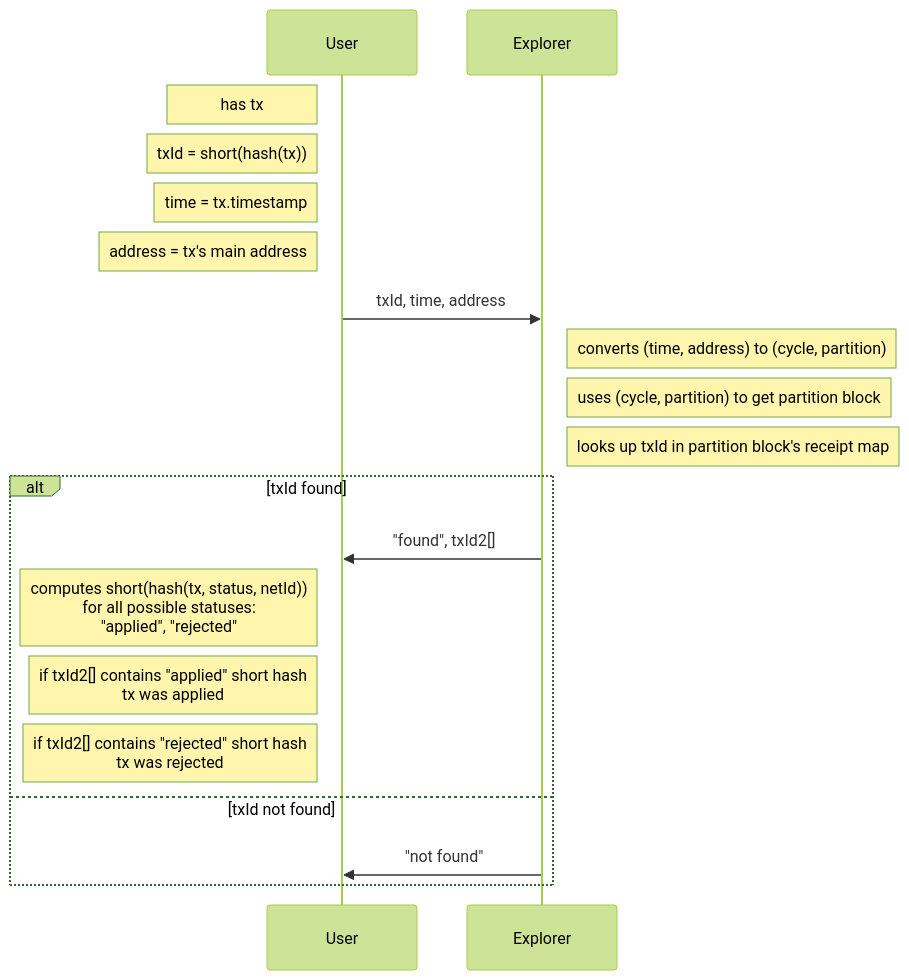
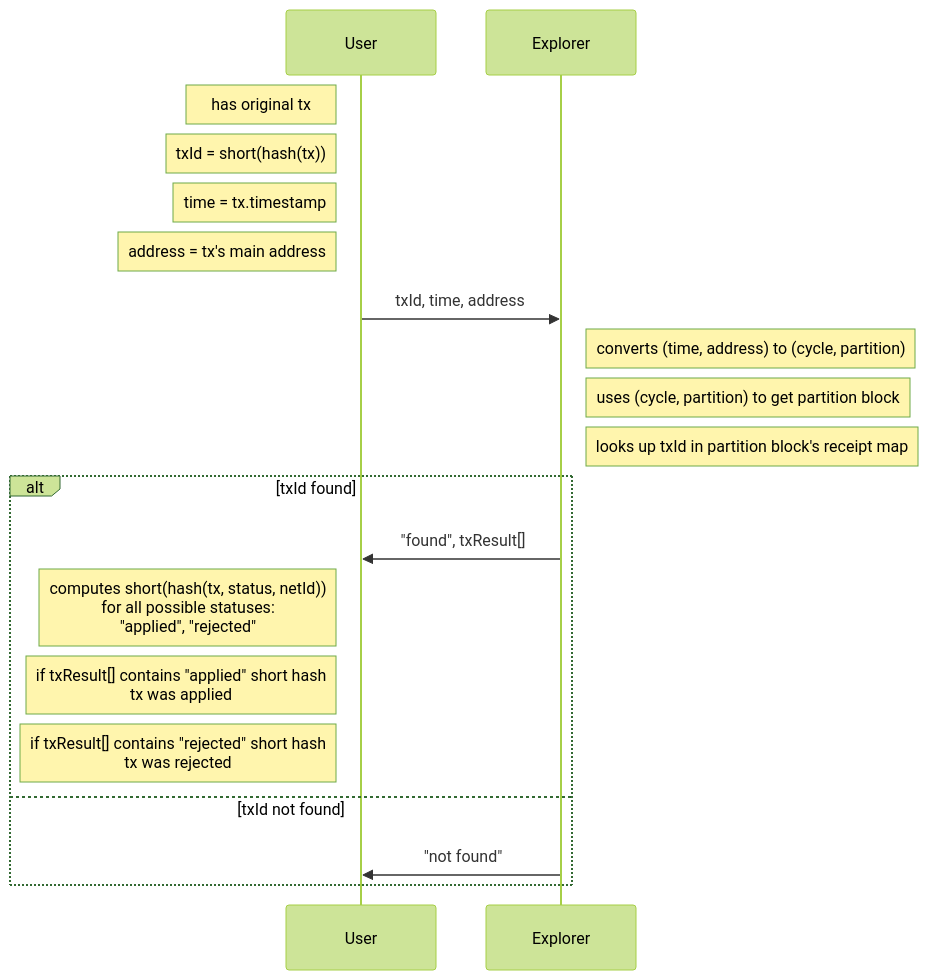
One commit to shardeum/shardus-core changed the diagram in docs/tx-receipt-seq-diagram.md. Above: the diagram before and after it, drawn with Mermaid (forest theme). The commit also changed 1 other file, not shown here.

Commit message:
Added safety sync seq diagram and updated receipt seq diagram

````diff
--- a/docs/tx-receipt-seq-diagram.md
+++ b/docs/tx-receipt-seq-diagram.md
@@ -1,31 +1,31 @@
 ```mermaid
 sequenceDiagram
 
     participant U as User
     participant E as Explorer
 
-    Note left of U: has tx
+    Note left of U: has original tx
     Note left of U: txId = short(hash(tx))
     Note left of U: time = tx.timestamp
     Note left of U: address = tx's main address
 
 	U->>E: txId, time, address
 
     Note right of E: converts (time, address) to (cycle, partition)
     Note right of E: uses (cycle, partition) to get partition block
     Note right of E: looks up txId in partition block's receipt map
 
     alt txId found
 
-      E->>U: "found", txId2[]
+      E->>U: "found", txResult[]
 
       Note left of U: computes short(hash(tx, status, netId))<br/>for all possible statuses:<br/>"applied", "rejected"
-      Note left of U: if txId2[] contains "applied" short hash<br/> tx was applied
-      Note left of U: if txId2[] contains "rejected" short hash<br/> tx was rejected
+      Note left of U: if txResult[] contains "applied" short hash<br/> tx was applied
+      Note left of U: if txResult[] contains "rejected" short hash<br/> tx was rejected
 
     else txId not found
 
       E->>U: "not found"
 
     end
 ```
````
